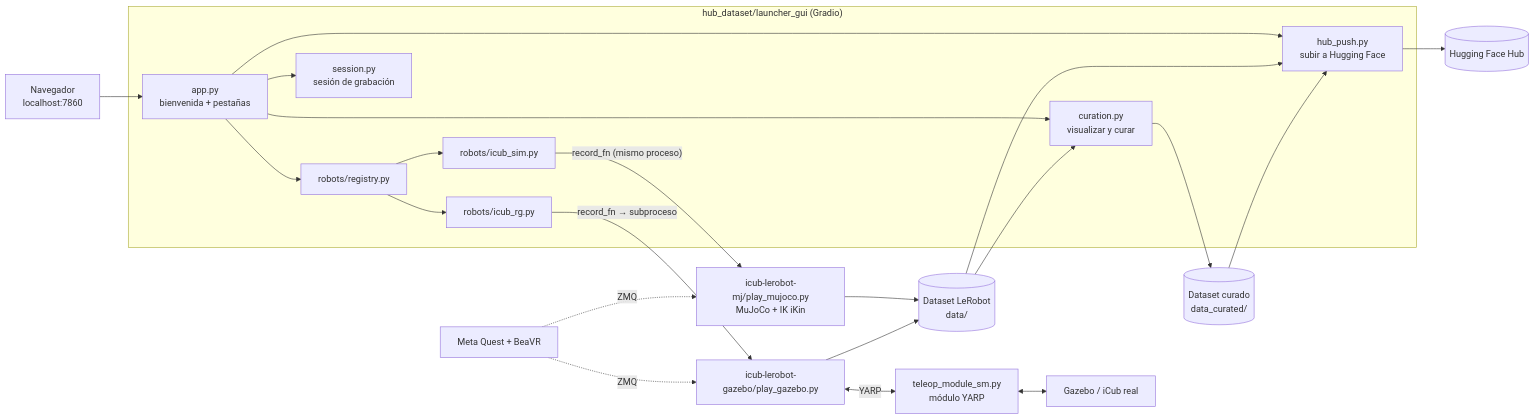
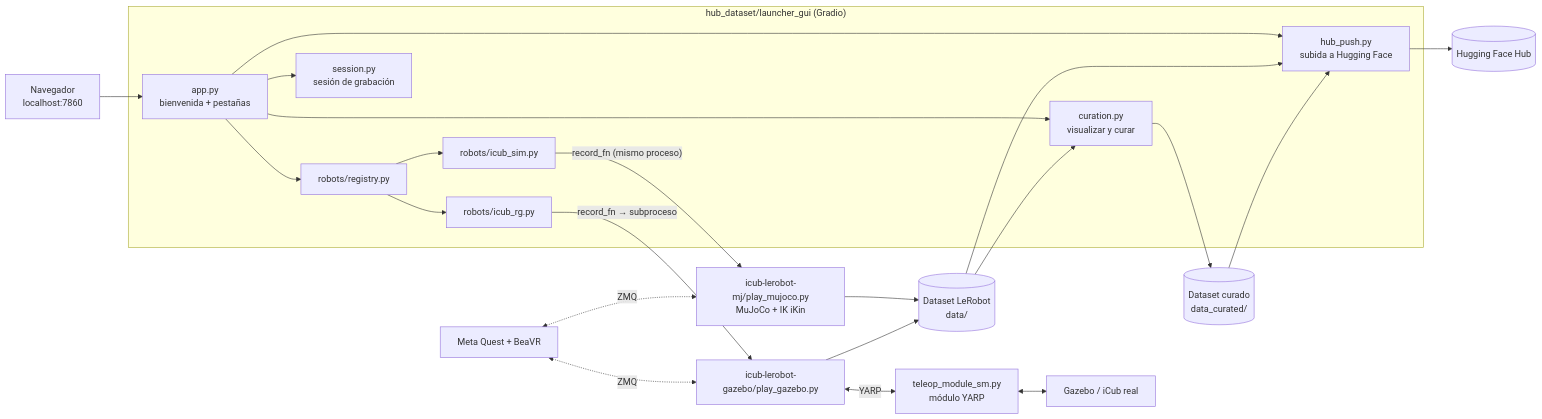
The diagram in README.es.md (mkloviiin/PMM_Final), drawn with Mermaid before and after one commit. The commit also changed other lines of this file, not shown here.

````diff
--- a/README.es.md
+++ b/README.es.md
@@ -141,26 +152,26 @@
 ```mermaid
 flowchart LR
     U[Navegador<br/>localhost:7860] --> APP
 
     subgraph HUB["hub_dataset/launcher_gui (Gradio)"]
         APP[app.py<br/>bienvenida + pestañas] --> REG[robots/registry.py]
         APP --> SES[session.py<br/>sesión de grabación]
         APP --> CUR[curation.py<br/>visualizar y curar]
-        APP --> PUSH[hub_push.py<br/>subir a Hugging Face]
+        APP --> PUSH[hub_push.py<br/>subida a Hugging Face]
         REG --> SIM[robots/icub_sim.py]
         REG --> RG[robots/icub_rg.py]
     end
 
     SIM -- "record_fn (mismo proceso)" --> PMJ[icub-lerobot-mj/play_mujoco.py<br/>MuJoCo + IK iKin]
     RG -- "record_fn → subproceso" --> PGZ[icub-lerobot-gazebo/play_gazebo.py]
     PGZ <-->|YARP| YM[teleop_module_sm.py<br/>módulo YARP]
     YM <--> ROBOT[Gazebo / iCub real]
-    VR[Meta Quest + BeaVR] -. ZMQ .-> PMJ
-    VR -. ZMQ .-> PGZ
+    VR[Meta Quest + BeaVR] <-. ZMQ .-> PMJ
+    VR <-. ZMQ .-> PGZ
 
     PMJ --> DS[(Dataset LeRobot<br/>data/)]
     PGZ --> DS
     DS --> CUR --> DC[(Dataset curado<br/>data_curated/)]
     DS --> PUSH
     DC --> PUSH --> HF[(Hugging Face Hub)]
 ```
````
